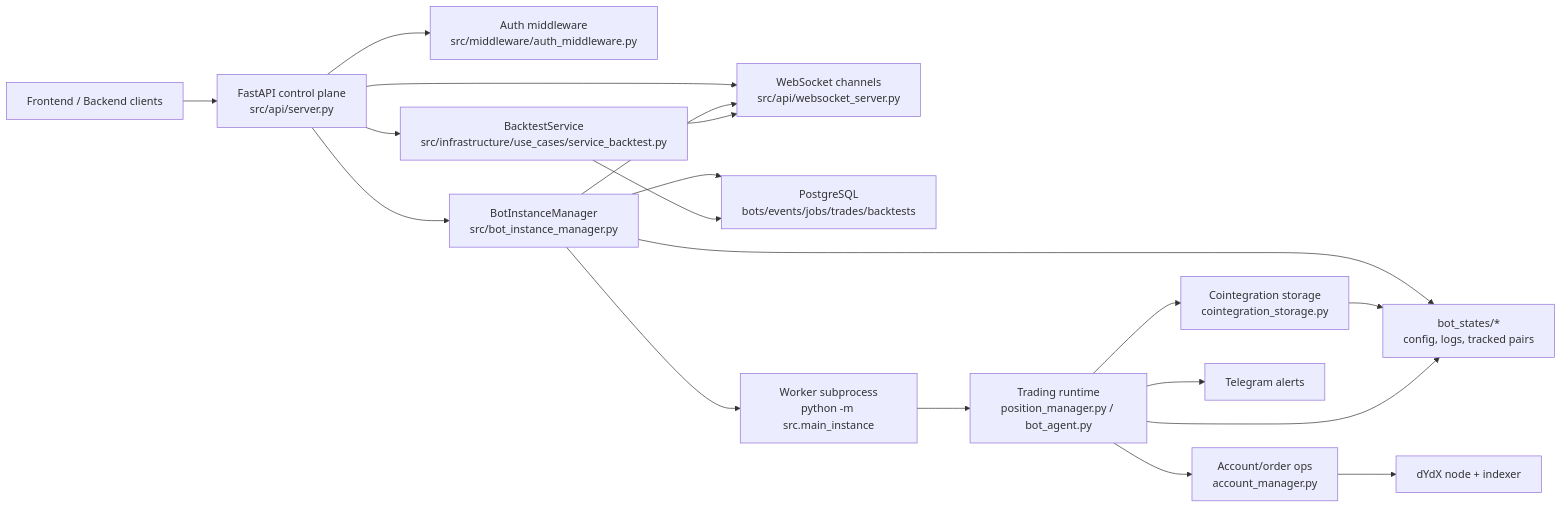
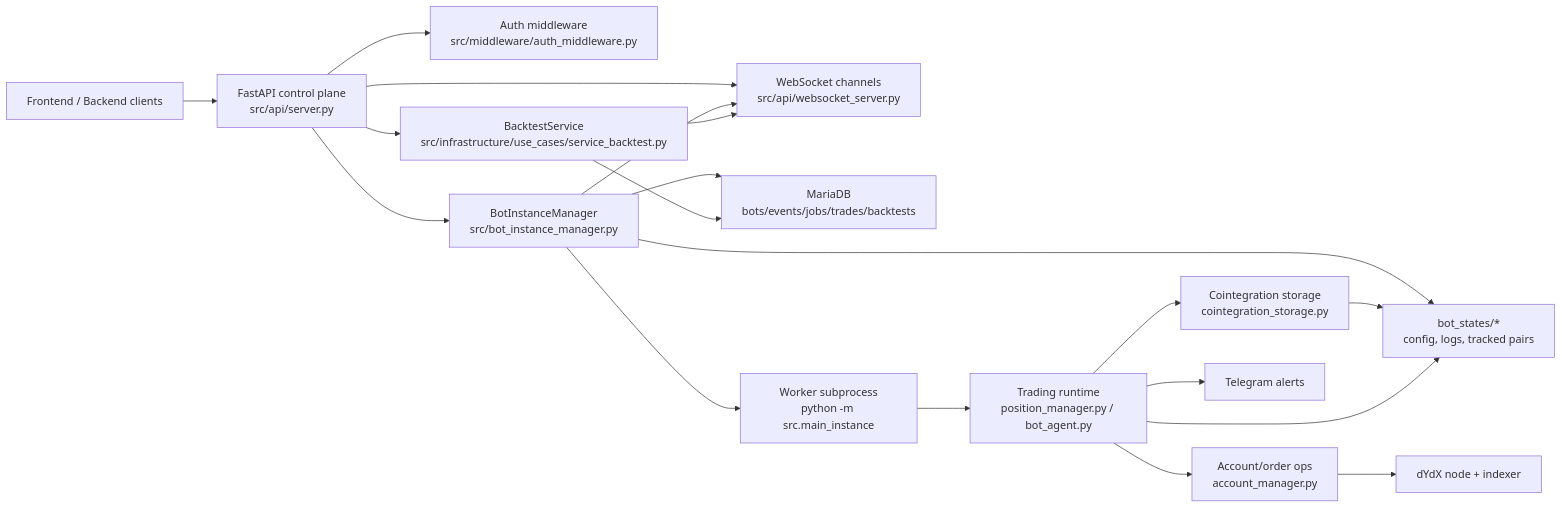
Before and after one commit to cploutarchou/dydx-trading-bot: the first of 9 diagrams in bot/docs/BOT_FLOWS.md, drawn with Mermaid. The commit also changed other lines of this file and 128 other files, not shown here.

First line of the commit message:
feat: migrate from PostgreSQL to MariaDB 11.4

````diff
--- a/bot/docs/BOT_FLOWS.md
+++ b/bot/docs/BOT_FLOWS.md
@@ -46,23 +46,23 @@
 ```mermaid
 flowchart LR
     Frontend["Frontend / Backend clients"] --> API["FastAPI control plane<br/>src/api/server.py"]
     API --> Auth["Auth middleware<br/>src/middleware/auth_middleware.py"]
     API --> Manager["BotInstanceManager<br/>src/bot_instance_manager.py"]
     API --> Backtests["BacktestService<br/>src/infrastructure/use_cases/service_backtest.py"]
     API --> WS["WebSocket channels<br/>src/api/websocket_server.py"]
 
-    Manager --> DB["PostgreSQL<br/>bots/events/jobs/trades/backtests"]
+    Manager --> DB["MariaDB<br/>bots/events/jobs/trades/backtests"]
     Manager --> StateFiles["bot_states/*<br/>config, logs, tracked pairs"]
     Manager --> Worker["Worker subprocess<br/>python -m src.main_instance"]
 
     Worker --> Runtime["Trading runtime<br/>position_manager.py / bot_agent.py"]
     Runtime --> AccountOps["Account/order ops<br/>account_manager.py"]
     Runtime --> Pairs["Cointegration storage<br/>cointegration_storage.py"]
     AccountOps --> Exchange["dYdX node + indexer"]
     Pairs --> StateFiles
     Runtime --> StateFiles
     Runtime --> Notify["Telegram alerts"]
     Manager --> WS
     Backtests --> DB
     Backtests --> WS
 ```
````
